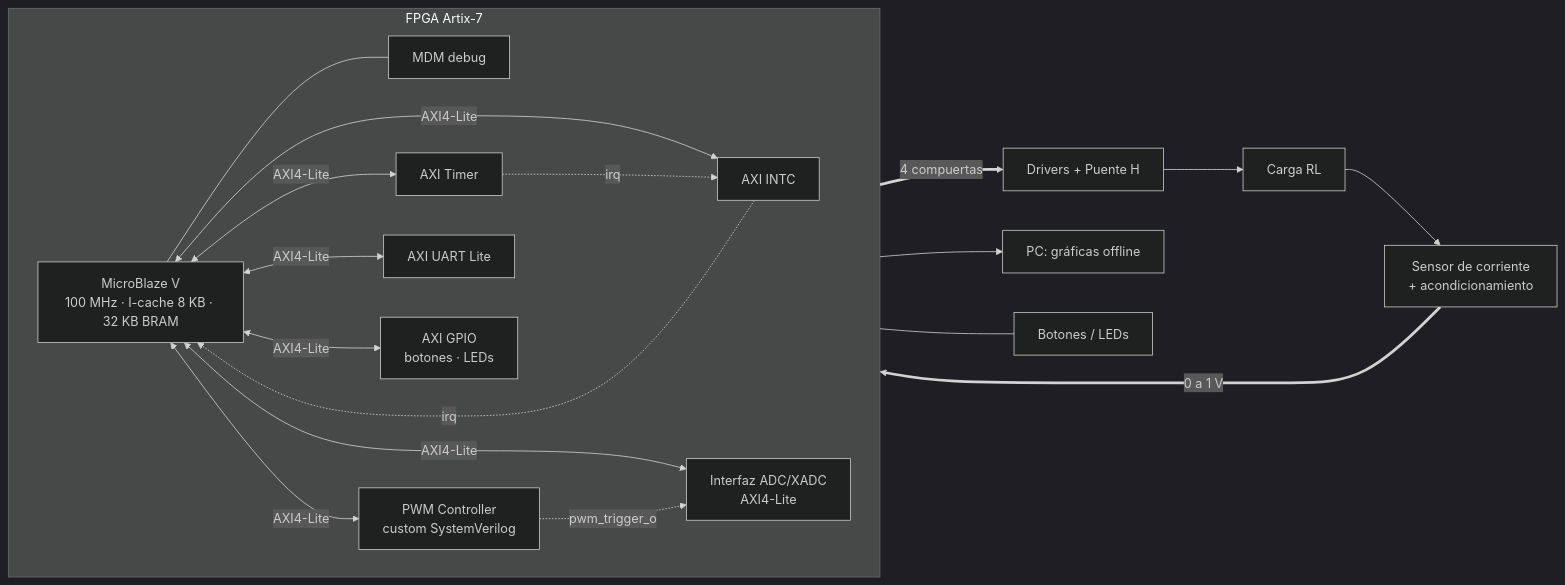
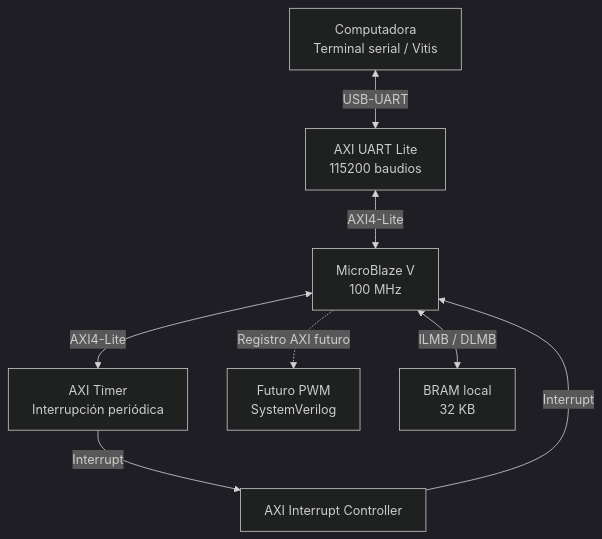
One commit to ee-herrerar/EL3313-Proyecto-4 changed the second of 3 diagrams in docs/diseno/diseno.md. Above: the diagram before and after it, drawn with Mermaid (dark theme). The commit also changed other lines of this file, not shown here.

````diff
--- a/docs/diseno/diseno.md
+++ b/docs/diseno/diseno.md
@@ -49,30 +19,18 @@
 ```mermaid
-flowchart LR
-    subgraph FPGA["FPGA Artix-7"]
-        direction LR
-        MB["MicroBlaze V<br/>100 MHz · I-cache 8 KB · 32 KB BRAM"]
-        MDM["MDM debug"]
-        INTC["AXI INTC"]
-        TMR["AXI Timer"]
-        PWM["PWM Controller<br/>custom SystemVerilog"]
-        ADC["Interfaz ADC/XADC<br/>AXI4-Lite"]
-        UART["AXI UART Lite"]
-        GPIO["AXI GPIO<br/>botones · LEDs"]
-        MB --- MDM
-        MB <-->|AXI4-Lite| INTC
-        MB <-->|AXI4-Lite| TMR
-        MB <-->|AXI4-Lite| PWM
-        MB <-->|AXI4-Lite| ADC
-        MB <-->|AXI4-Lite| UART
-        MB <-->|AXI4-Lite| GPIO
-        TMR -.->|irq| INTC
-        INTC -.->|irq| MB
-        PWM -.->|pwm_trigger_o| ADC
-    end
-    PWM ==>|4 compuertas| DRV["Drivers + Puente H"]
-    DRV --> LOAD["Carga RL"]
-    LOAD --> SNS["Sensor de corriente<br/>+ acondicionamiento"]
-    SNS ==>|0 a 1 V| ADC
-    UART --> PC["PC: gráficas offline"]
-    GPIO --- BTN["Botones / LEDs"]
+flowchart TD
+    PC["Computadora<br/>Terminal serial / Vitis"]
+    UART["AXI UART Lite<br/>115200 baudios"]
+    CPU["MicroBlaze V<br/>100 MHz"]
+    TIMER["AXI Timer<br/>Interrupción periódica"]
+    INTC["AXI Interrupt Controller"]
+    PWM["Futuro PWM<br/>SystemVerilog"]
+    BRAM["BRAM local<br/>32 KB"]
+
+    PC <-->|USB-UART| UART
+    UART <-->|AXI4-Lite| CPU
+    CPU <-->|ILMB / DLMB| BRAM
+    CPU <-->|AXI4-Lite| TIMER
+    TIMER -->|Interrupt| INTC
+    INTC -->|Interrupt| CPU
+    CPU -.->|Registro AXI futuro| PWM
 ```
````
